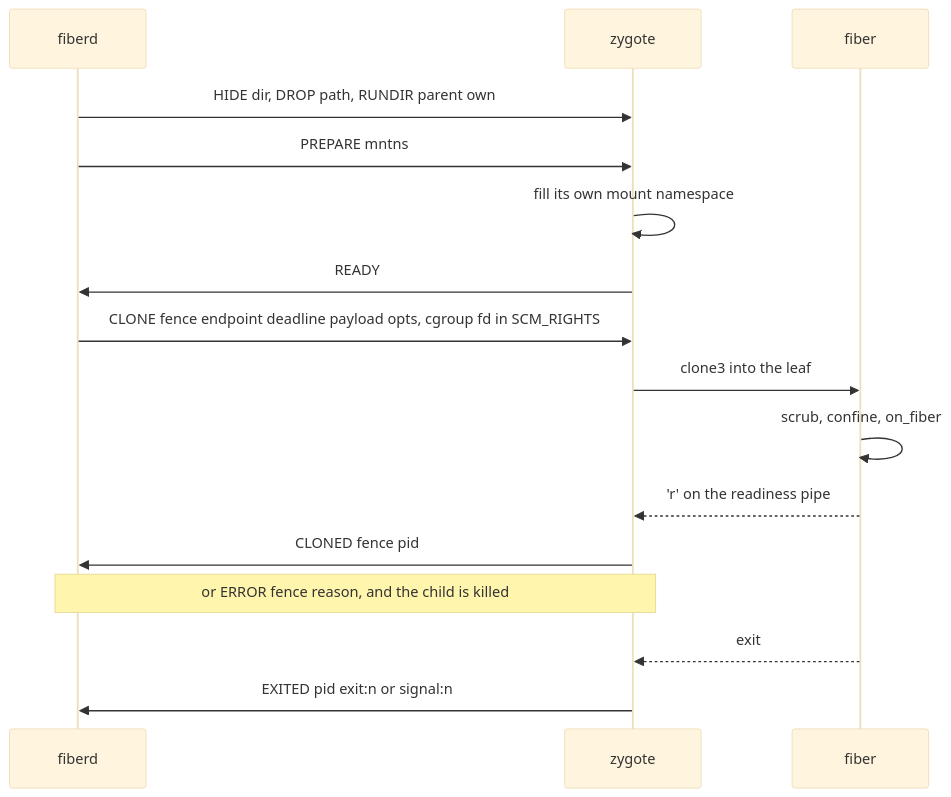
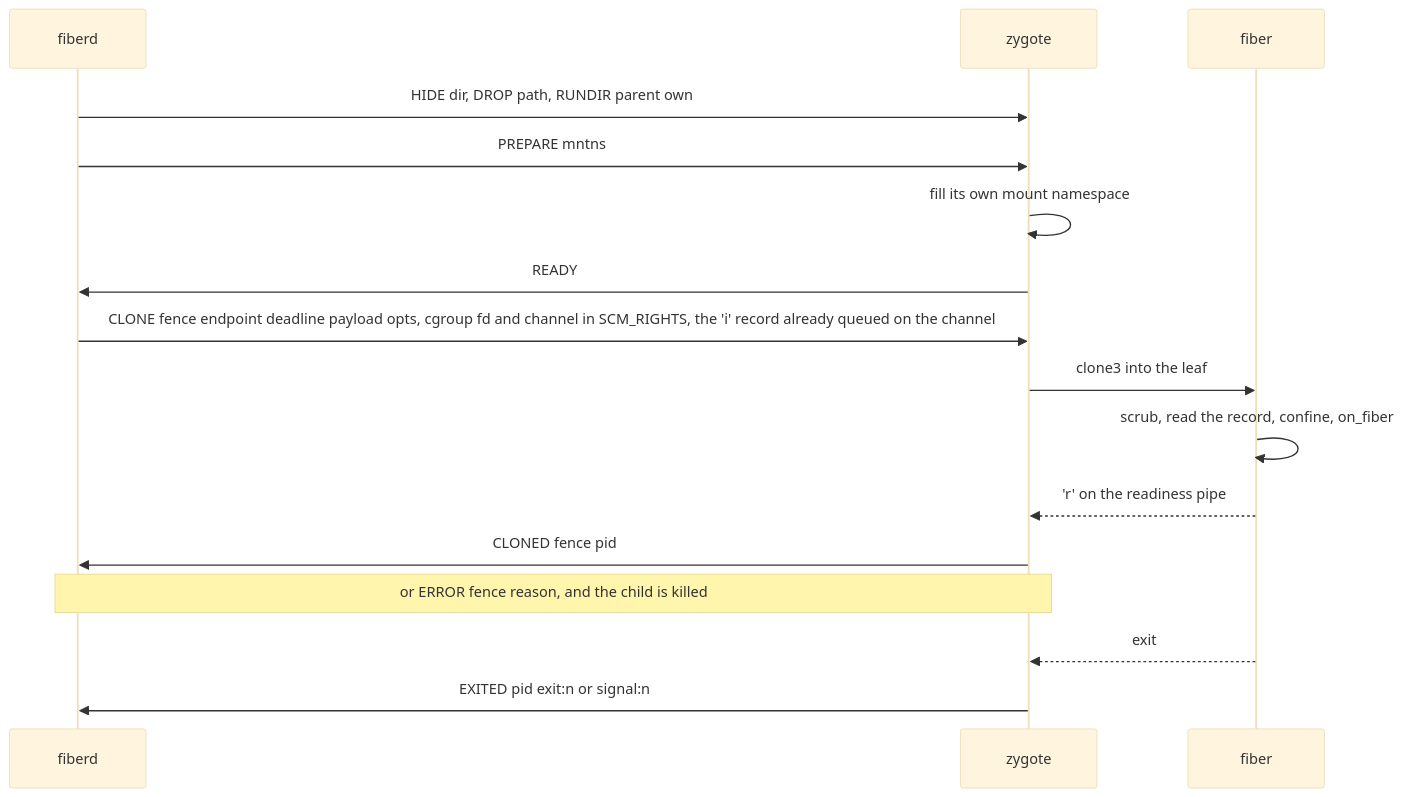
One commit to helayoty/fiberd changed the diagram in docs/design/zygote.md. Above: the diagram before and after it, drawn with Mermaid (base theme). The commit also changed other lines of this file and 65 other files, not shown here.

Commit message:
Give every proc and runc fiber one incarnation record with a seed

````diff
--- a/docs/design/zygote.md
+++ b/docs/design/zygote.md
@@ -13,18 +13,18 @@
 ```mermaid
 sequenceDiagram
   participant A as fiberd
   participant Z as zygote
   participant F as fiber
   A->>Z: HIDE dir, DROP path, RUNDIR parent own
   A->>Z: PREPARE mntns
   Z->>Z: fill its own mount namespace
   Z->>A: READY
-  A->>Z: CLONE fence endpoint deadline payload opts, cgroup fd in SCM_RIGHTS
+  A->>Z: CLONE fence endpoint deadline payload opts, cgroup fd and channel in SCM_RIGHTS, the 'i' record already queued on the channel
   Z->>F: clone3 into the leaf
-  F->>F: scrub, confine, on_fiber
+  F->>F: scrub, read the record, confine, on_fiber
   F-->>Z: 'r' on the readiness pipe
   Z->>A: CLONED fence pid
   Note over A,Z: or ERROR fence reason, and the child is killed
   F-->>Z: exit
   Z->>A: EXITED pid exit:n or signal:n
 ```
````
